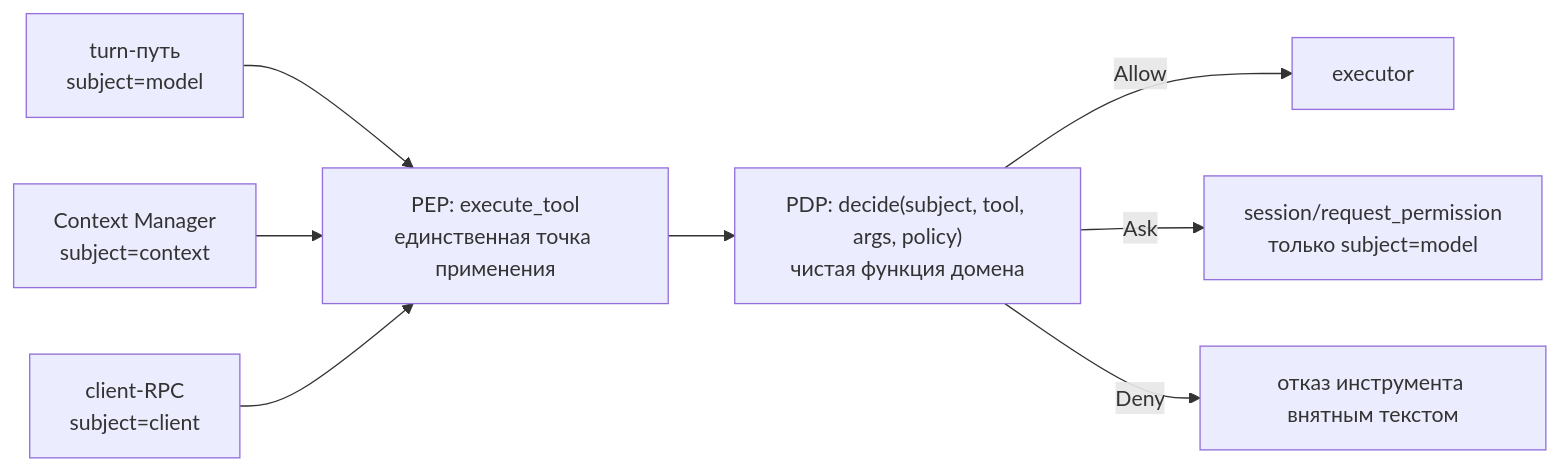
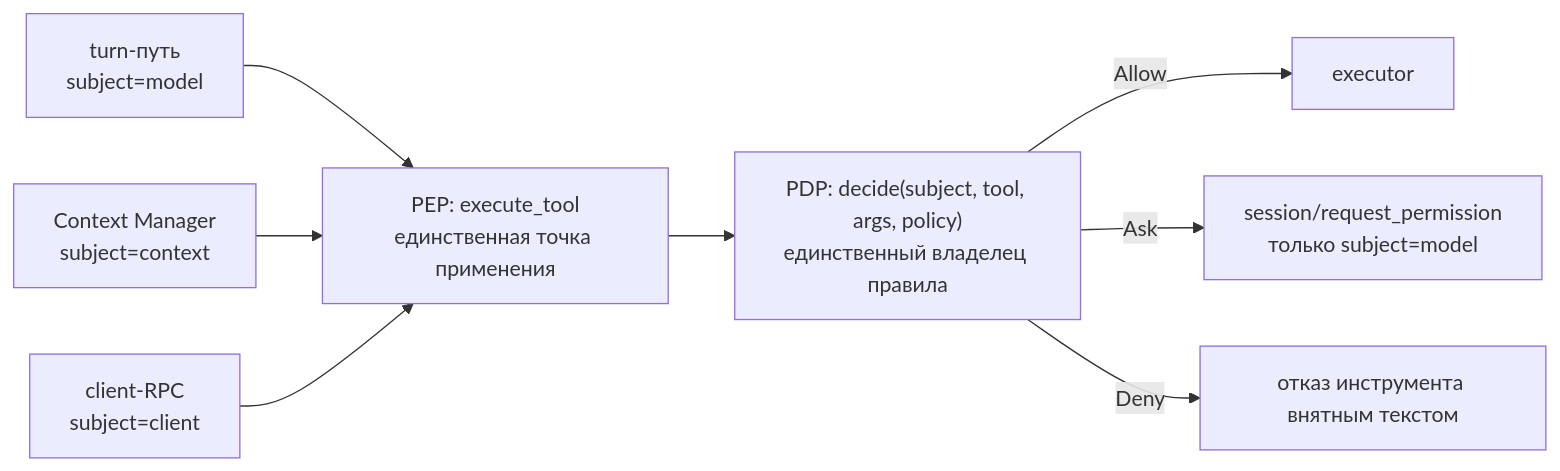
The diagram in doc/internals/architecture/adr/ADR-009-tool-authorization-boundary.md (pese-git/codelab-agent), drawn with Mermaid before and after one commit. The commit also changed other lines of this file and 1 other file, not shown here.

````diff
--- a/doc/internals/architecture/adr/ADR-009-tool-authorization-boundary.md
+++ b/doc/internals/architecture/adr/ADR-009-tool-authorization-boundary.md
@@ -95,11 +94,11 @@
 ```mermaid
 flowchart LR
     M["turn-путь<br/>subject=model"] --> PEP
     C["Context Manager<br/>subject=context"] --> PEP
     R["client-RPC<br/>subject=client"] --> PEP
     PEP["PEP: execute_tool<br/>единственная точка применения"] --> PDP
-    PDP["PDP: decide(subject, tool, args, policy)<br/>чистая функция домена"]
+    PDP["PDP: decide(subject, tool, args, policy)<br/>единственный владелец правила"]
     PDP -->|Allow| EX["executor"]
     PDP -->|Ask| ACP["session/request_permission<br/>только subject=model"]
     PDP -->|Deny| ERR["отказ инструмента внятным текстом"]
 ```
````
